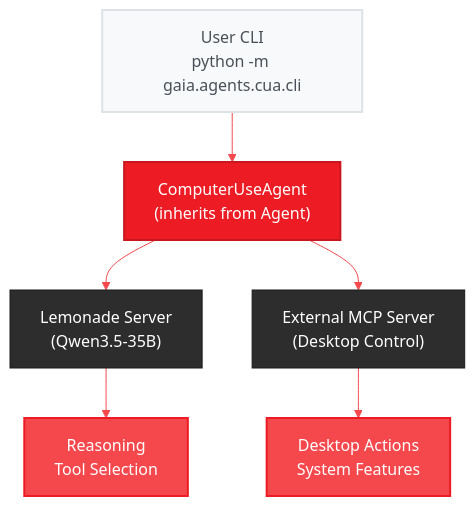
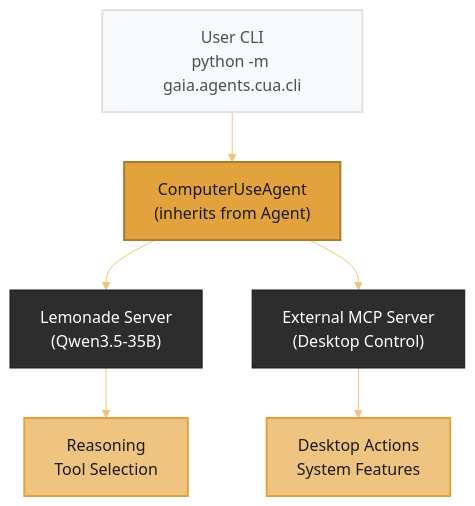
The first of 4 diagrams in docs/plans/cua.mdx (amd/gaia), drawn with Mermaid before and after one commit. The commit also changed other lines of this file and 37 other files, not shown here.

````diff
--- a/docs/plans/cua.mdx
+++ b/docs/plans/cua.mdx
@@ -95,17 +95,17 @@
 ```mermaid
-%%{init: {'theme':'base', 'themeVariables': { 'primaryColor':'#ED1C24', 'primaryTextColor':'#fff', 'primaryBorderColor':'#C8171E', 'lineColor':'#F4484D', 'secondaryColor':'#2d2d2d', 'tertiaryColor':'#f5f5f5', 'fontSize':'16px', 'fontFamily': 'system-ui, -apple-system, sans-serif'}}}%%
+%%{init: {'theme':'base', 'themeVariables': { 'primaryColor':'#E2A33E', 'primaryTextColor':'#1a1a1a', 'primaryBorderColor':'#A87B2D', 'lineColor':'#EFC480', 'secondaryColor':'#2d2d2d', 'tertiaryColor':'#f5f5f5', 'fontSize':'16px', 'fontFamily': 'system-ui, -apple-system, sans-serif'}}}%%
 graph TD
     A["User CLI<br/>python -m gaia.agents.cua.cli"] --> B["ComputerUseAgent<br/>(inherits from Agent)"]
     B --> C["Lemonade Server<br/>(Qwen3.5-35B)"]
     B --> D["External MCP Server<br/>(Desktop Control)"]
 
     C --> E["Reasoning<br/>Tool Selection"]
     D --> F["Desktop Actions<br/>System Features"]
 
     style A fill:#f8f9fa,stroke:#dee2e6,stroke-width:2px,color:#495057
-    style B fill:#ED1C24,stroke:#C8171E,stroke-width:2px,color:#fff
+    style B fill:#E2A33E,stroke:#A87B2D,stroke-width:2px,color:#1a1a1a
     style C fill:#2d2d2d,stroke:#1a1a1a,stroke-width:1px,color:#fff
     style D fill:#2d2d2d,stroke:#1a1a1a,stroke-width:1px,color:#fff
-    style E fill:#F4484D,stroke:#ED1C24,stroke-width:2px,color:#fff
-    style F fill:#F4484D,stroke:#ED1C24,stroke-width:2px,color:#fff
+    style E fill:#EFC480,stroke:#E2A33E,stroke-width:2px,color:#1a1a1a
+    style F fill:#EFC480,stroke:#E2A33E,stroke-width:2px,color:#1a1a1a
 ```
````
